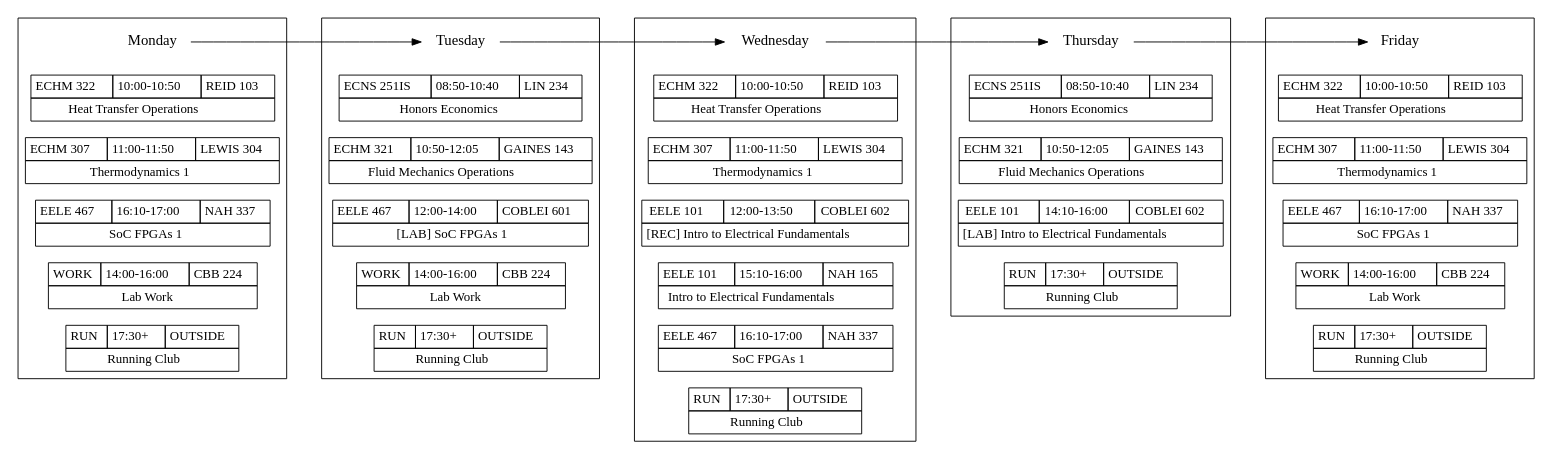
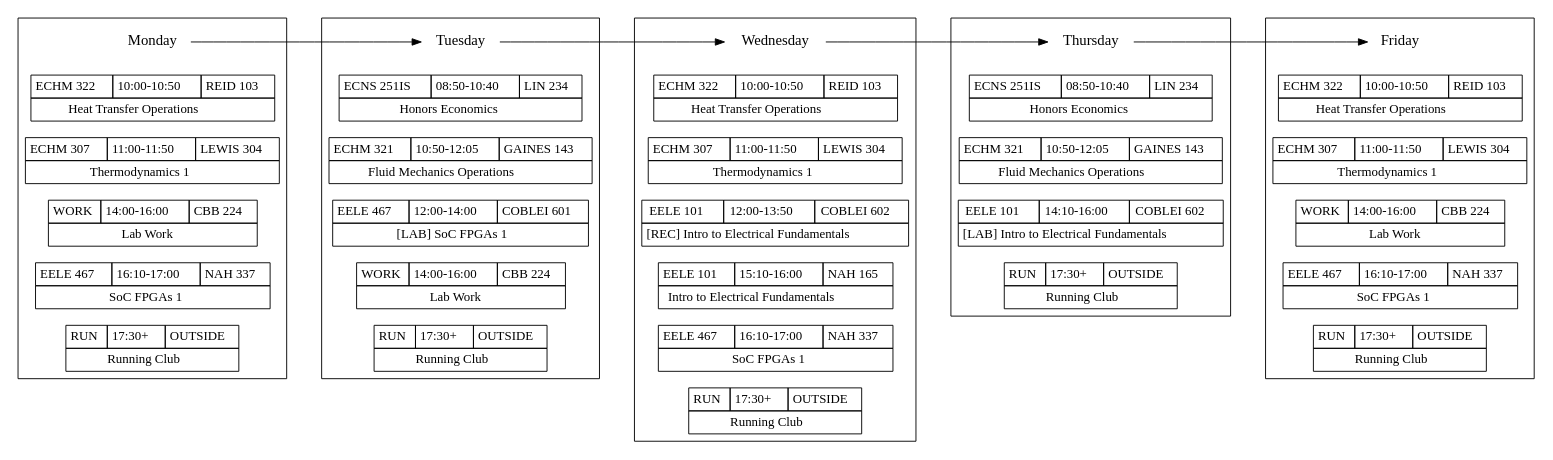
The diagram in schedule_3-junior-sem-1-fall.gv (w-culhane/schedule-flowchart), drawn with Graphviz before and after one commit.

Commit message:
Fix work temporal ordering

```diff
--- a/schedule_3-junior-sem-1-fall.gv
+++ b/schedule_3-junior-sem-1-fall.gv
@@ -7,7 +7,7 @@
     }
 
     {node [shape=none, margin=0]
-        subgraph clustermonday { rank = same; "Monday"; "ECHM322-m"; "ECHM307-m"; "EELE467-m"; "WORK-m"; "RUN-m"; }
+        subgraph clustermonday { rank = same; "Monday"; "ECHM322-m"; "ECHM307-m"; "WORK-m"; "EELE467-m"; "RUN-m"; }
     }
 
     "ECHM322-m" [label=<
@@ -223,7 +223,7 @@
     </TABLE>>];
 
     {node [shape=none, margin=0]
-        subgraph clusterfriday { rank = same; "Friday"; "ECHM322-f"; "ECHM307-f"; "EELE467-f"; "WORK-f"; "RUN-f"; }
+        subgraph clusterfriday { rank = same; "Friday"; "ECHM322-f"; "ECHM307-f"; "WORK-f"; "EELE467-f"; "RUN-f"; }
     }
 
     "ECHM322-f" [label=<
```
